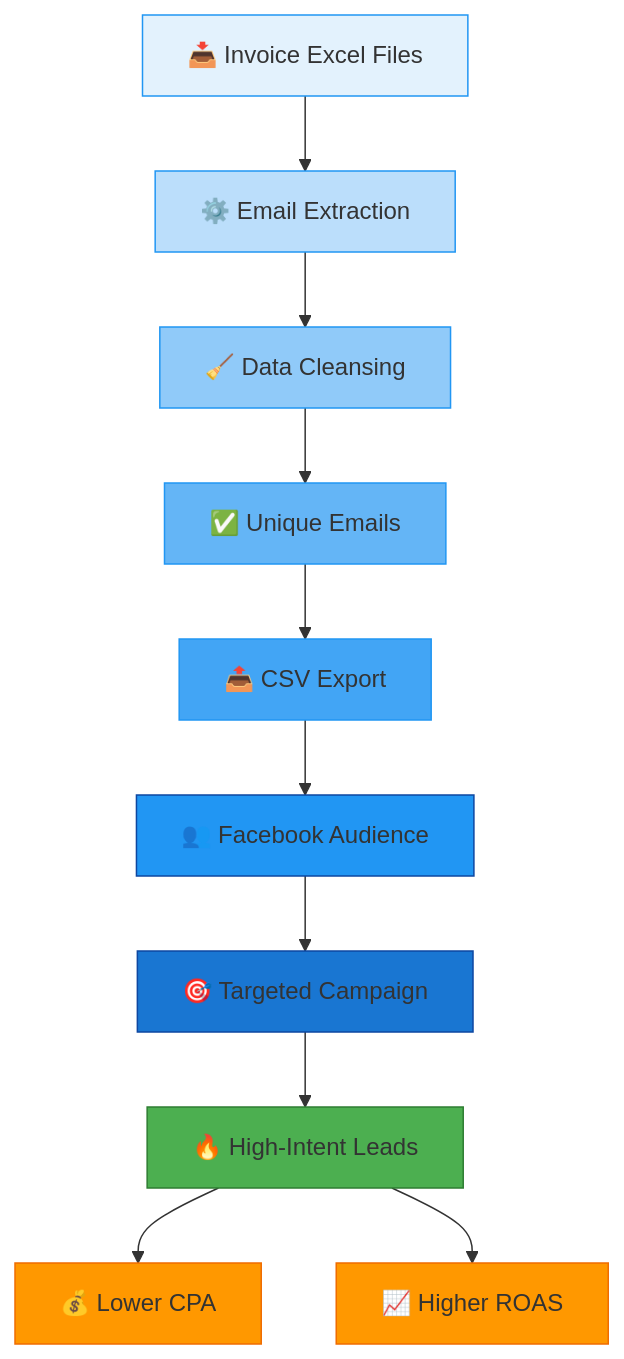
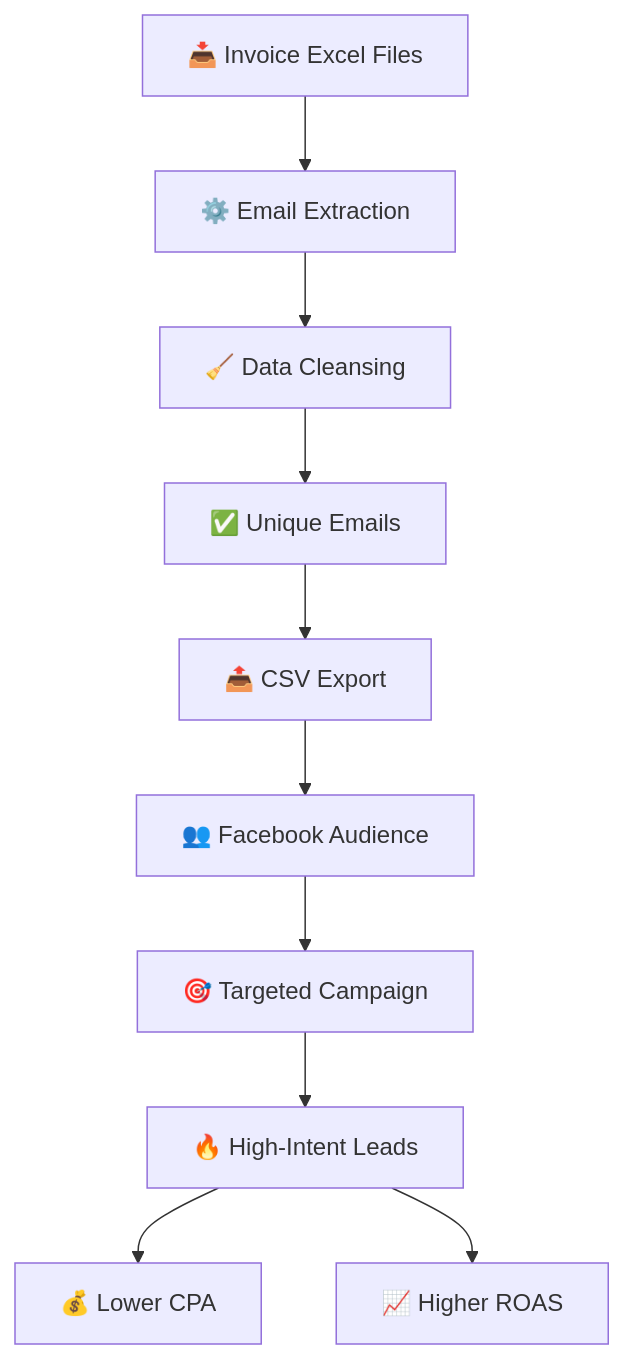
One commit to AleksandrVinnik/Excel-Invoice-Email-Parser changed the diagram in README.md. Above: the diagram before and after it, drawn with Mermaid. The commit also changed other lines of this file, not shown here.

````diff
--- a/README.md
+++ b/README.md
@@ -68,24 +23,13 @@
 ```mermaid
 graph TD
     A[📥 Invoice Excel Files] --> B[⚙️ Email Extraction]
     B --> C[🧹 Data Cleansing]
     C --> D[✅ Unique Emails]
     D --> E[📤 CSV Export]
     E --> F[👥 Facebook Audience]
     F --> G[🎯 Targeted Campaign]
     G --> H[🔥 High-Intent Leads]
     H --> I[💰 Lower CPA]
     H --> J[📈 Higher ROAS]
 
-    %% Optional Node Styling (GitHub ignores but kept for reference)
-    style A fill:#e3f2fd,stroke:#2196f3
-    style B fill:#bbdefb,stroke:#2196f3
-    style C fill:#90caf9,stroke:#2196f3
-    style D fill:#64b5f6,stroke:#2196f3
-    style E fill:#42a5f5,stroke:#2196f3
-    style F fill:#2196f3,stroke:#0d47a1
-    style G fill:#1976d2,stroke:#0d47a1
-    style H fill:#4caf50,stroke:#2e7d32
-    style I fill:#ff9800,stroke:#ef6c00
-    style J fill:#ff9800,stroke:#ef6c00
 ```
````
